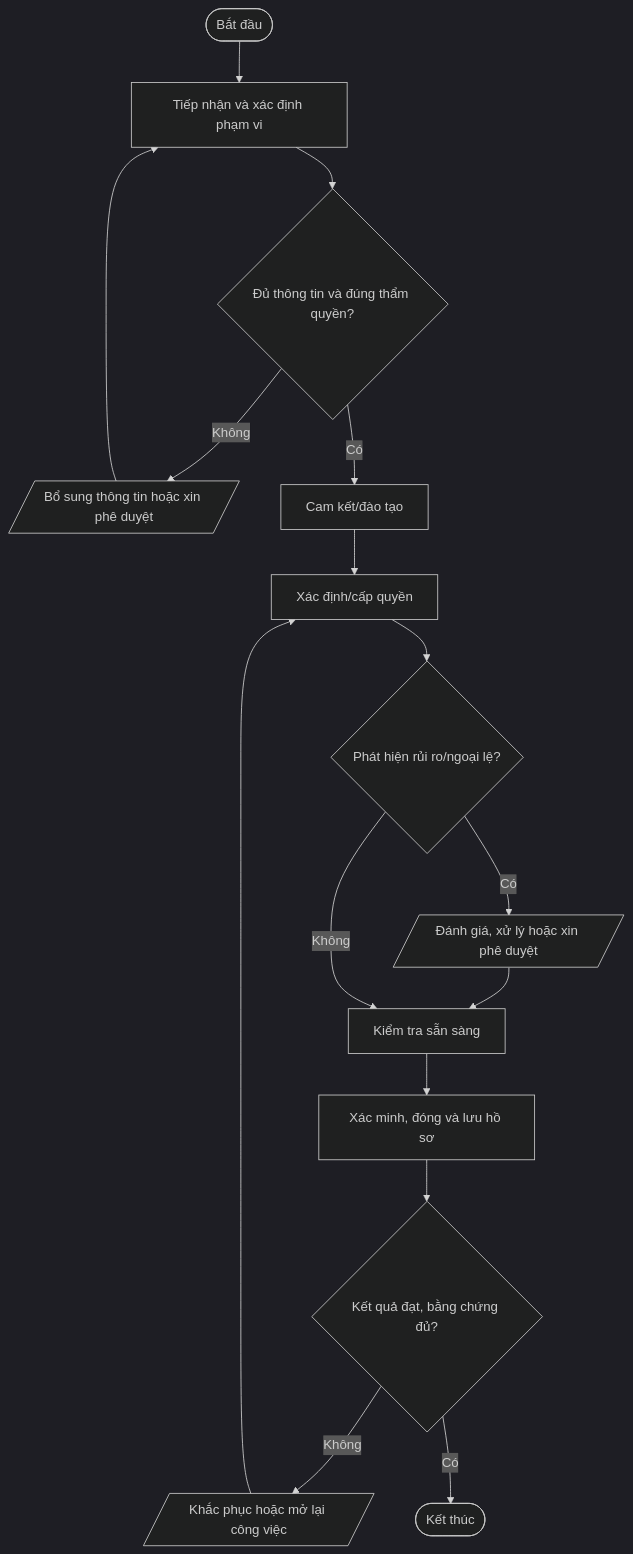
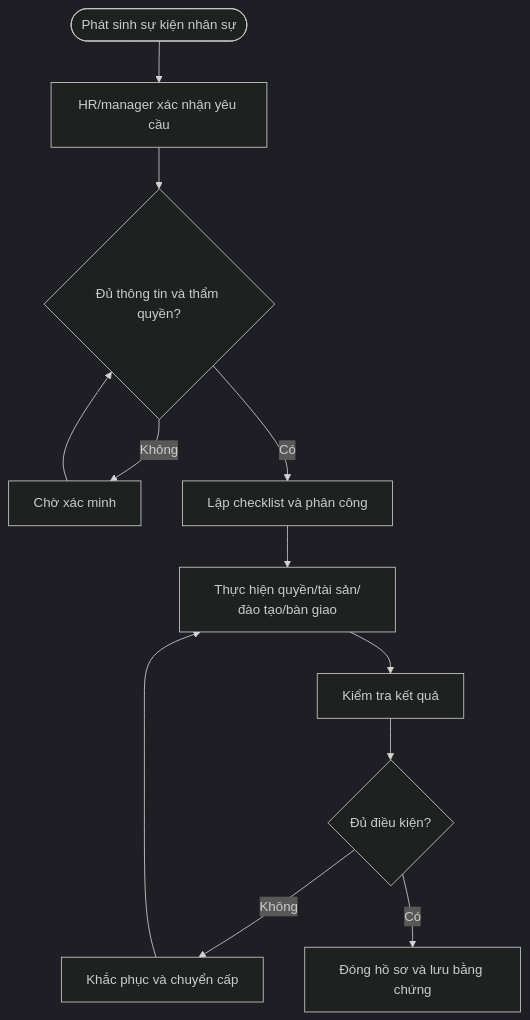
The diagram in quy-trinh/chi-tiet/QT-HR-01.md (daoaigiangnam/Quy_Trinh_Chuan), drawn with Mermaid (dark theme) before and after one commit. The commit also changed other lines of this file, not shown here.

````diff
--- a/quy-trinh/chi-tiet/QT-HR-01.md
+++ b/quy-trinh/chi-tiet/QT-HR-01.md
@@ -31,18 +121,14 @@
 ```mermaid
 flowchart TD
-  A([Bắt đầu]) --> S1["Tiếp nhận và xác định phạm vi"]
-  S1 --> D1{"Đủ thông tin và đúng thẩm quyền?"}
-  D1 -- Không --> F1[/"Bổ sung thông tin hoặc xin phê duyệt"/]
-  F1 --> S1
-  D1 -- Có --> S2["Cam kết/đào tạo"]
-  S2 --> S3["Xác định/cấp quyền"]
-  S3 --> D2{"Phát hiện rủi ro/ngoại lệ?"}
-  D2 -- Có --> RISK[/"Đánh giá, xử lý hoặc xin phê duyệt"/]
-  RISK --> S4["Kiểm tra sẵn sàng"]
-  D2 -- Không --> S4
-  S4 --> S5["Xác minh, đóng và lưu hồ sơ"]
-  S5 --> D3{"Kết quả đạt, bằng chứng đủ?"}
-  D3 -- Không --> R[/"Khắc phục hoặc mở lại công việc"/]
-  R --> S3
-  D3 -- Có --> Z([Kết thúc])
+ A([Phát sinh sự kiện nhân sự]) --> B[HR/manager xác nhận yêu cầu]
+ B --> C{Đủ thông tin và thẩm quyền?}
+ C -- Không --> D[Chờ xác minh]
+ D --> C
+ C -- Có --> E[Lập checklist và phân công]
+ E --> F[Thực hiện quyền/tài sản/đào tạo/bàn giao]
+ F --> G[Kiểm tra kết quả]
+ G --> H{Đủ điều kiện?}
+ H -- Không --> I[Khắc phục và chuyển cấp]
+ I --> F
+ H -- Có --> J[Đóng hồ sơ và lưu bằng chứng]
 ```
````
